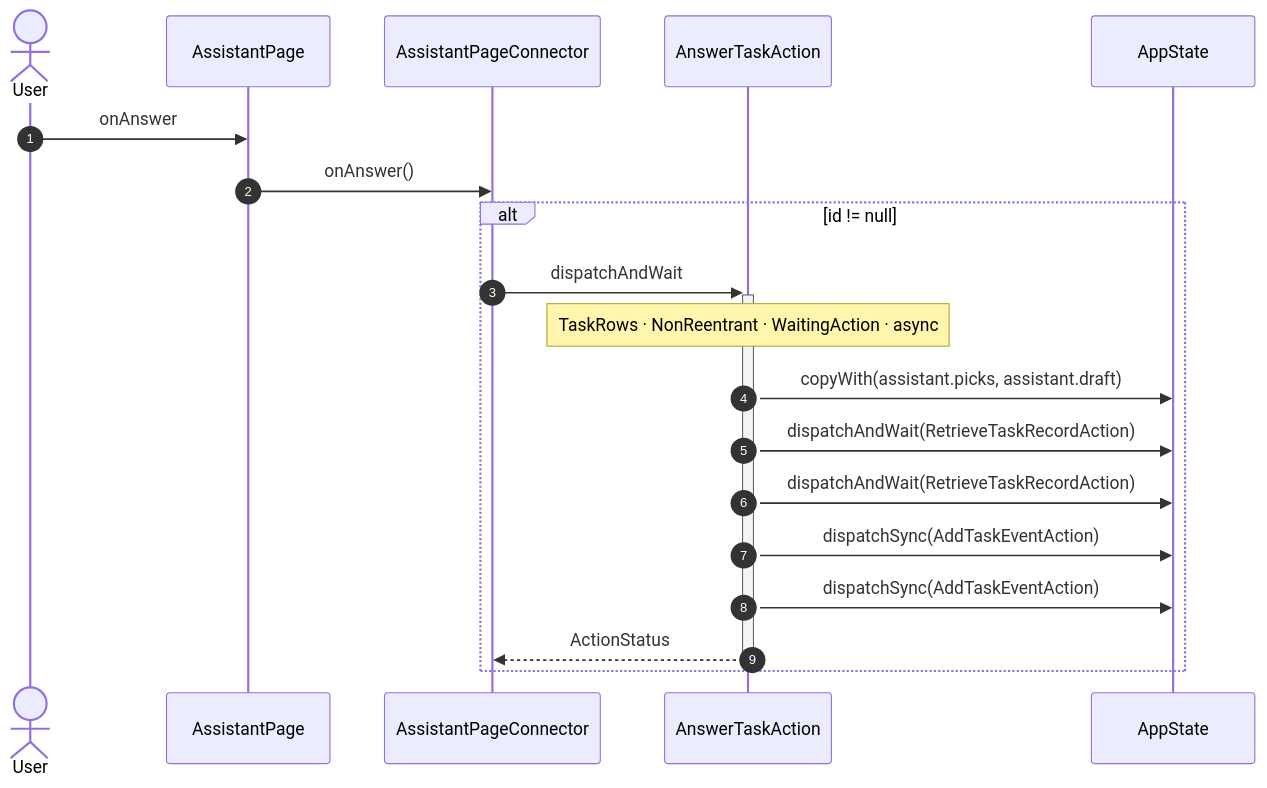
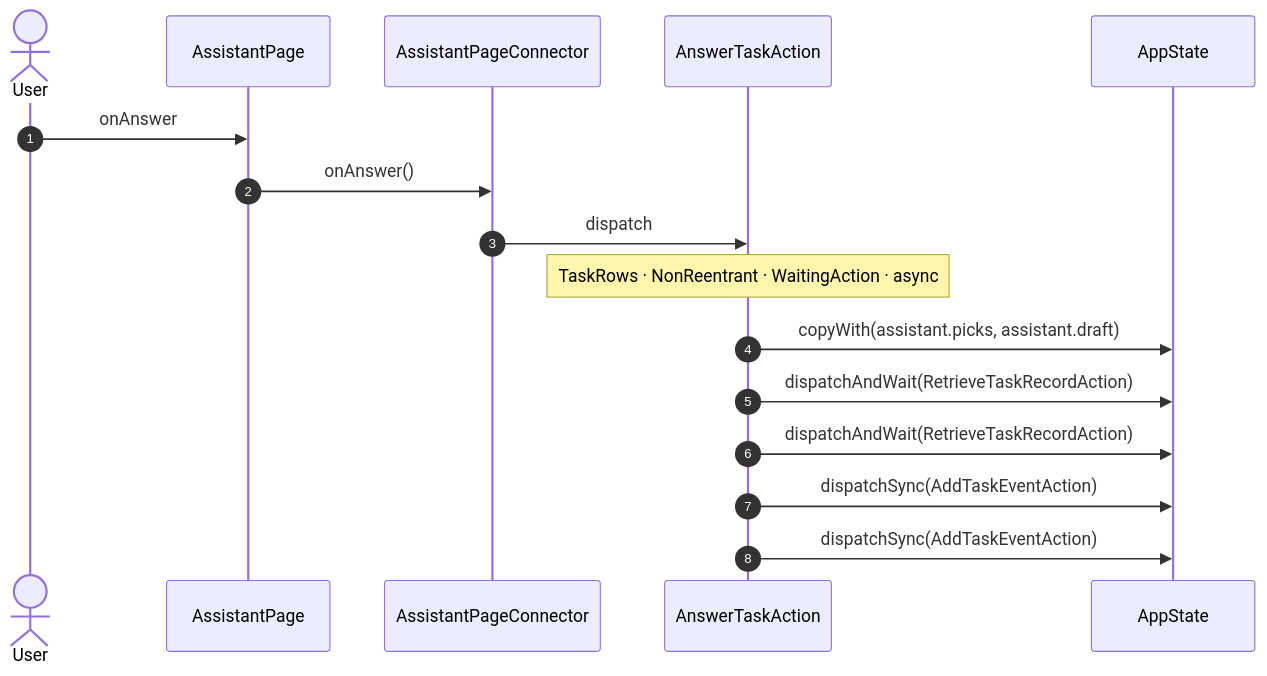
Before and after one commit to gencto/wyrm: the third of 23 diagrams in studio/docs/flows/assistant.md, drawn with Mermaid. The commit also changed other lines of this file and 94 other files, not shown here.

First line of the commit message:
studio: assistant: typed wire, words in ui, one action per intent

````diff
--- a/studio/docs/flows/assistant.md
+++ b/studio/docs/flows/assistant.md
@@ -45,22 +43,19 @@
 ```mermaid
 sequenceDiagram
     autonumber
     actor User
     participant UI as AssistantPage
     participant VM as AssistantPageConnector
     participant A1 as AnswerTaskAction
     participant ST as AppState
 
     User->>UI: onAnswer
     UI->>VM: onAnswer()
-    alt id != null
-        VM->>+A1: dispatchAndWait
-        Note over A1: TaskRows · NonReentrant · WaitingAction · async
-        A1->>ST: copyWith(assistant.picks, assistant.draft)
-        A1->>ST: dispatchAndWait(RetrieveTaskRecordAction)
-        A1->>ST: dispatchAndWait(RetrieveTaskRecordAction)
-        A1->>ST: dispatchSync(AddTaskEventAction)
-        A1->>ST: dispatchSync(AddTaskEventAction)
-        A1-->>-VM: ActionStatus
-    end
+    VM->>A1: dispatch
+    Note over A1: TaskRows · NonReentrant · WaitingAction · async
+    A1->>ST: copyWith(assistant.picks, assistant.draft)
+    A1->>ST: dispatchAndWait(RetrieveTaskRecordAction)
+    A1->>ST: dispatchAndWait(RetrieveTaskRecordAction)
+    A1->>ST: dispatchSync(AddTaskEventAction)
+    A1->>ST: dispatchSync(AddTaskEventAction)
 ```
````
